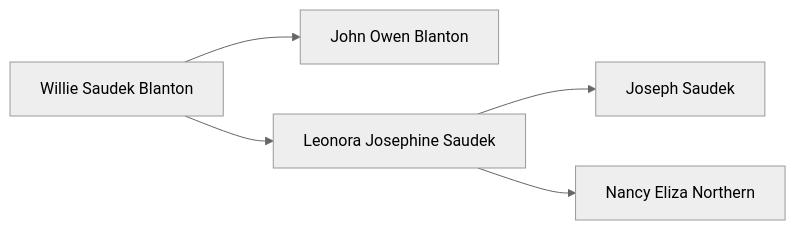
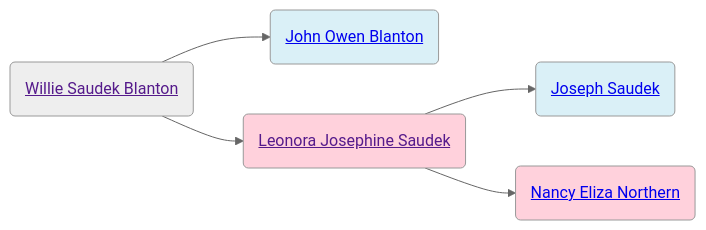
Before and after one commit to neelsmith/avocational: the diagram in familyhistory/sources/people/Neel-line/Blanton-line/Willie_Saudek_Blanton.qmd, drawn with Mermaid (neutral theme). The commit also changed 71 other files, not shown here.

````diff
--- a/familyhistory/sources/people/Neel-line/Blanton-line/Willie_Saudek_Blanton.qmd
+++ b/familyhistory/sources/people/Neel-line/Blanton-line/Willie_Saudek_Blanton.qmd
@@ -19,7 +19,15 @@
 ```{mermaid}
 graph LR
-Willie_Saudek_Blanton[Willie Saudek Blanton] -->  John_Owen_Blanton[John Owen Blanton]
-Willie_Saudek_Blanton[Willie Saudek Blanton]  --> Leonora_Josephine_Saudek[Leonora Josephine Saudek]
-Leonora_Josephine_Saudek[Leonora Josephine Saudek] -->  Joseph_Saudek[Joseph Saudek]
-Leonora_Josephine_Saudek[Leonora Josephine Saudek]  --> Nancy_Eliza_Northern[Nancy Eliza Northern]
+Willie_Saudek_Blanton(<a href=''>Willie Saudek Blanton</>) -->  John_Owen_Blanton(<a href='./John_Owen_Blanton.html'>John Owen Blanton</>)
+class John_Owen_Blanton father
+Willie_Saudek_Blanton(<a href=''>Willie Saudek Blanton</>)  --> Leonora_Josephine_Saudek(<a href='./Saudek-line/Leonora_Josephine_Saudek.html'>Leonora Josephine Saudek</>)
+Leonora_Josephine_Saudek(<a href=''>Leonora Josephine Saudek</>) -->  Joseph_Saudek(<a href='./Joseph_Saudek.html'>Joseph Saudek</>)
+class Joseph_Saudek father
+Leonora_Josephine_Saudek(<a href=''>Leonora Josephine Saudek</>)  --> Nancy_Eliza_Northern(<a href='./Northern-line/Nancy_Eliza_Northern.html'>Nancy Eliza Northern</>)
+class Nancy_Eliza_Northern mother
+class Leonora_Josephine_Saudek mother
+classDef mother fill:#ffd1dc
+classDef father fill:#daf0f7  
+classDef marriage fill:#ffffff
+
 ```
````
